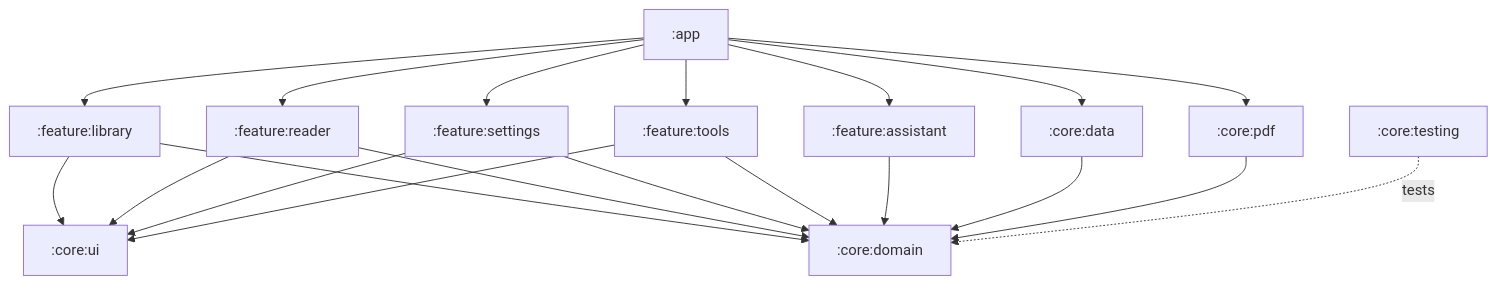
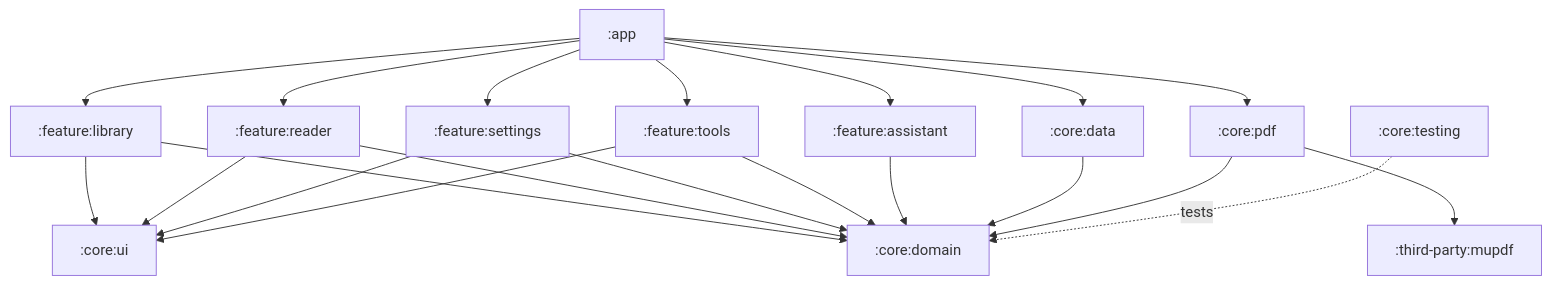
One commit to myxomatom/LutrinPDF changed the first of 3 diagrams in docs/architecture.md. Above: the diagram before and after it, drawn with Mermaid. The commit also changed other lines of this file and 7 other files, not shown here.

````diff
--- a/docs/architecture.md
+++ b/docs/architecture.md
@@ -32,18 +33,19 @@
 ```mermaid
 flowchart TD
     app[":app"] --> fl[":feature:library"]
     app --> fr[":feature:reader"]
     app --> fs[":feature:settings"]
     app --> ft[":feature:tools"]
     app --> fa[":feature:assistant"]
     app --> data[":core:data"]
     app --> pdf[":core:pdf"]
 
     fl & fr & fs & ft --> ui[":core:ui"]
     fl & fr & fs & ft & fa --> domain[":core:domain"]
 
     data --> domain
     pdf --> domain
+    pdf --> mupdf[":third-party:mupdf"]
 
     testing[":core:testing"] -.tests.-> domain
 ```
````
